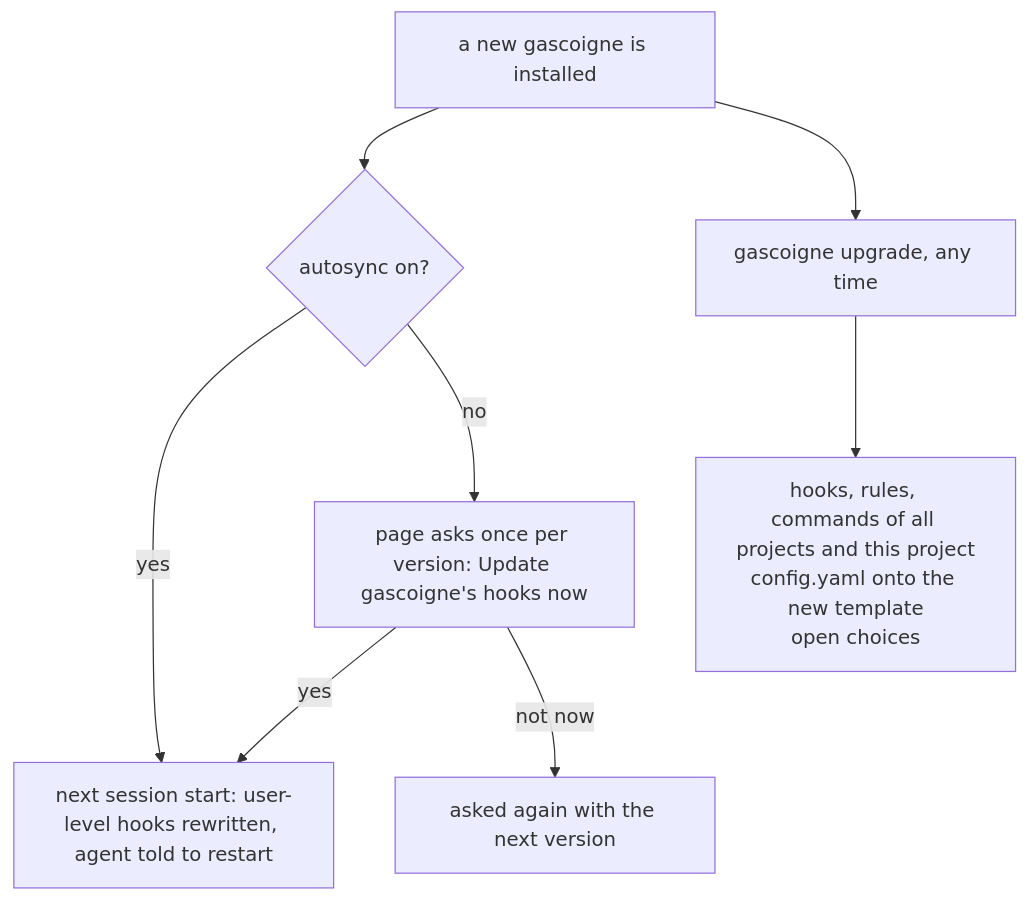
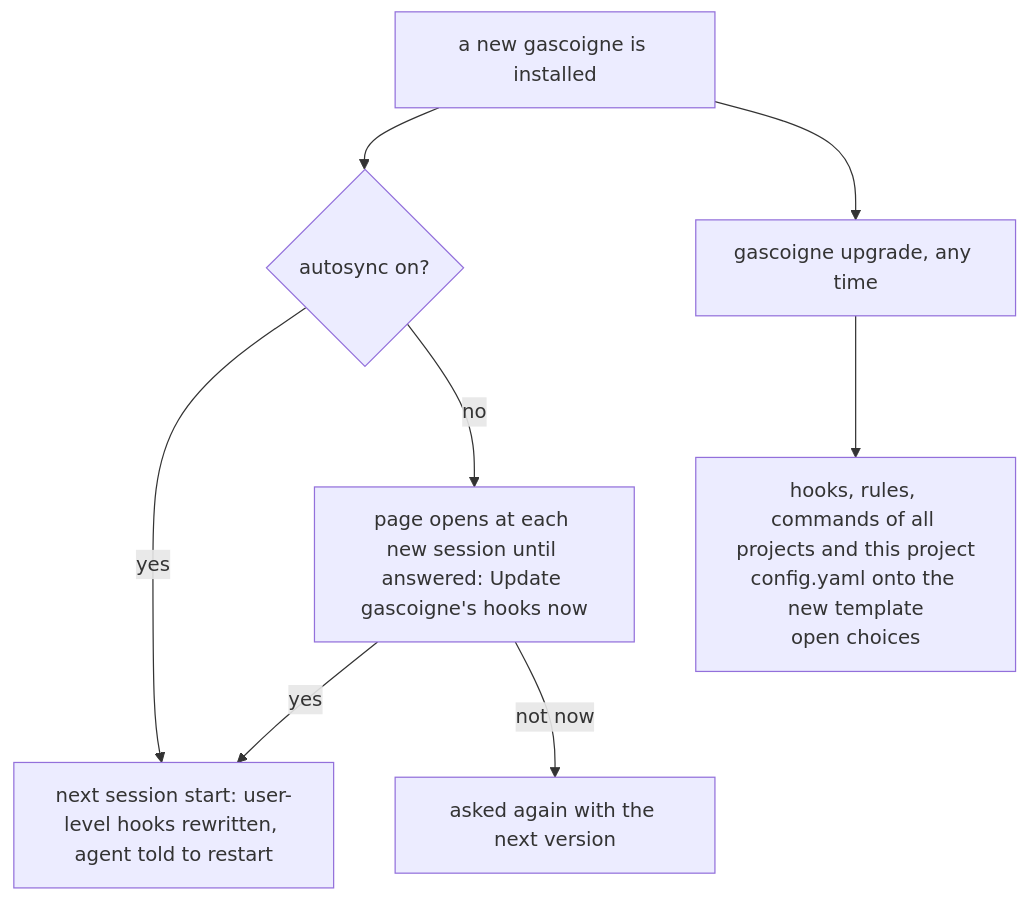
Before and after one commit to gascoigne-ai/gascoigne-cli: the first of 2 diagrams in docs/agents.md, drawn with Mermaid. The commit also changed other lines of this file and 8 other files, not shown here.

First line of the commit message:
feat(setup): the page comes back with the next session until answered

````diff
--- a/docs/agents.md
+++ b/docs/agents.md
@@ -61,10 +61,10 @@
 ```mermaid
 flowchart TD
     ver[a new gascoigne is installed] --> auto{autosync on?}
     auto -- yes --> hooks["next session start: user-level hooks rewritten, agent told to restart"]
-    auto -- no --> ask["page asks once per version: Update gascoigne's hooks now"]
+    auto -- no --> ask["page opens at each new session until answered: Update gascoigne's hooks now"]
     ask -- yes --> hooks
     ask -- "not now" --> later["asked again with the next version"]
     ver --> up["gascoigne upgrade, any time"]
     up --> all["hooks, rules, commands of all projects and this project<br/>config.yaml onto the new template<br/>open choices"]
 ```
````
